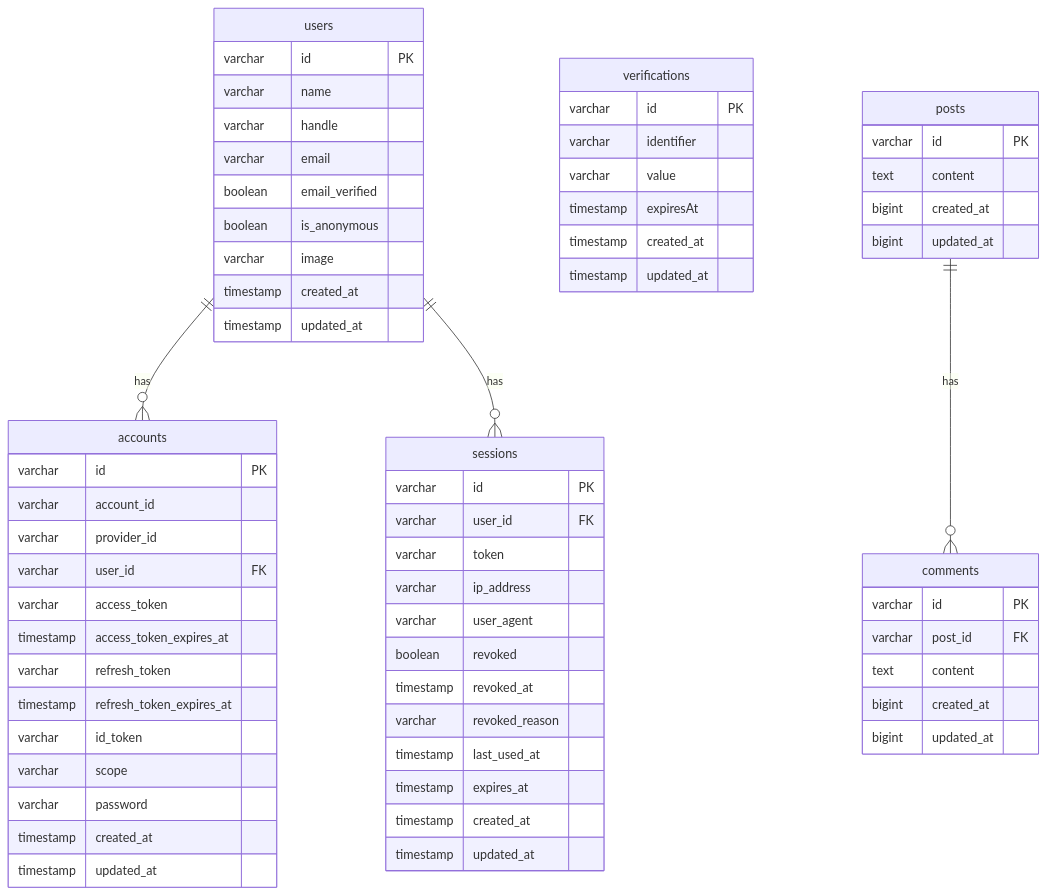
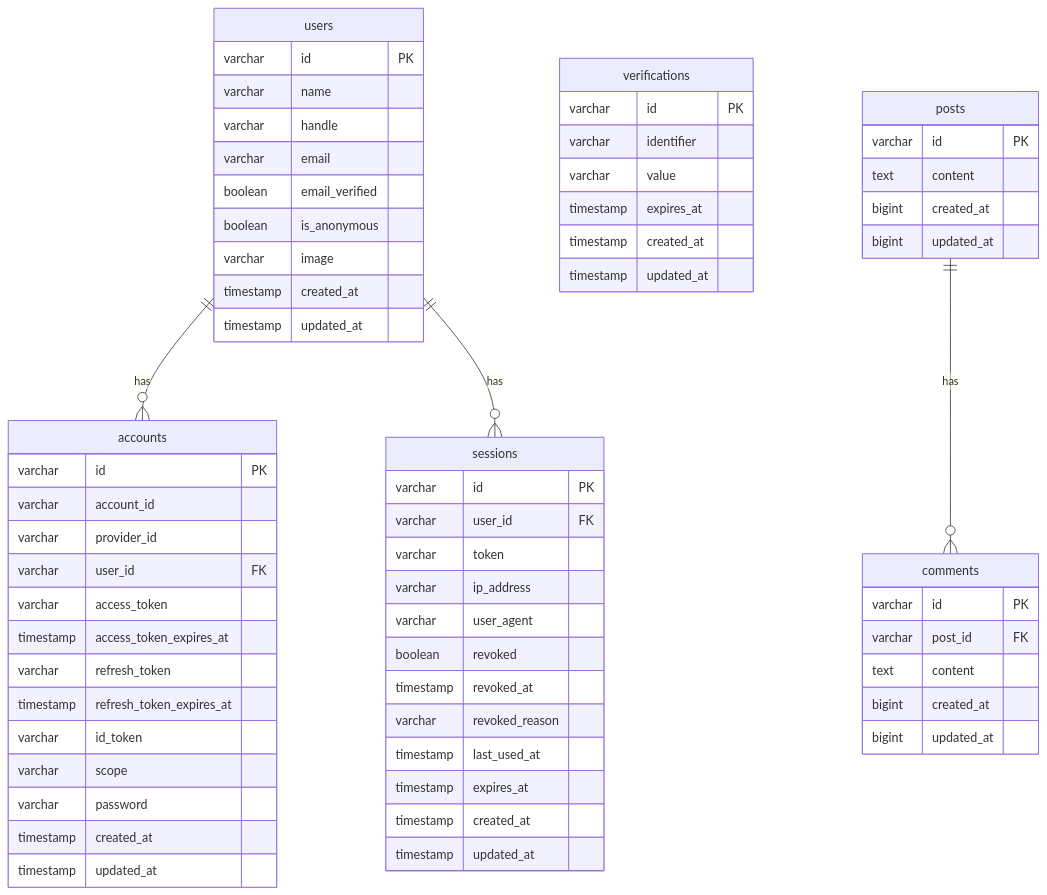
Before and after one commit to feryardiant/learn-bun-elysia: the diagram in database/README.md, drawn with Mermaid. The commit also changed 11 other files, not shown here.

````diff
--- a/database/README.md
+++ b/database/README.md
@@ -3,73 +3,73 @@
 ```mermaid
 erDiagram
   users {
     varchar id PK
     varchar name
     varchar handle
     varchar email
     boolean email_verified
     boolean is_anonymous
     varchar image
     timestamp created_at
     timestamp updated_at
   }
 
   accounts {
     varchar id PK
     varchar account_id
     varchar provider_id
     varchar user_id FK
     varchar access_token
     timestamp access_token_expires_at
     varchar refresh_token
     timestamp refresh_token_expires_at
     varchar id_token
     varchar scope
     varchar password
     timestamp created_at
     timestamp updated_at
   }
 
   sessions {
     varchar id PK
     varchar user_id FK
     varchar token
     varchar ip_address
     varchar user_agent
     boolean revoked
     timestamp revoked_at
     varchar revoked_reason
     timestamp last_used_at
     timestamp expires_at
     timestamp created_at
     timestamp updated_at
   }
 
   verifications {
     varchar id PK
     varchar identifier
     varchar value
-    timestamp expiresAt
+    timestamp expires_at
     timestamp created_at
     timestamp updated_at
   }
 
   posts {
     varchar id PK
     text content
     bigint created_at
     bigint updated_at
   }
 
   comments {
     varchar id PK
     varchar post_id FK
     text content
     bigint created_at
     bigint updated_at
   }
 
   users ||--o{ accounts : "has"
   users ||--o{ sessions : "has"
   posts ||--o{ comments : "has"
 ```
````
